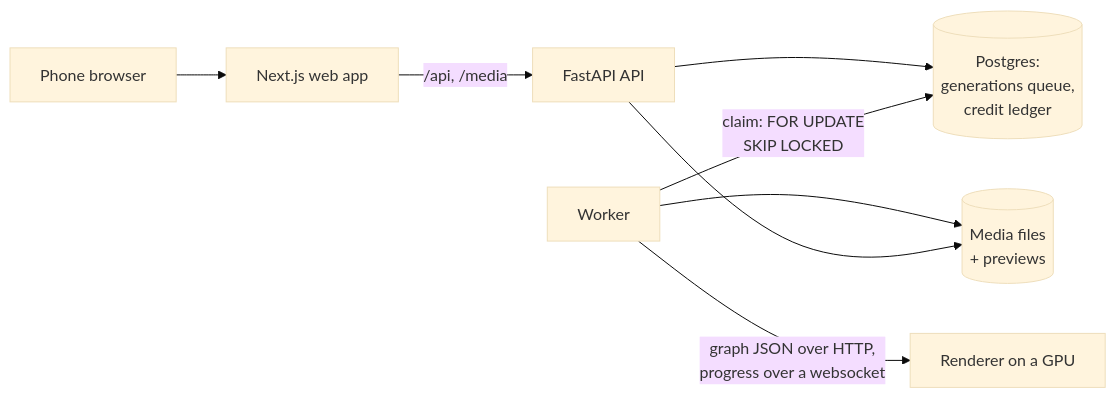
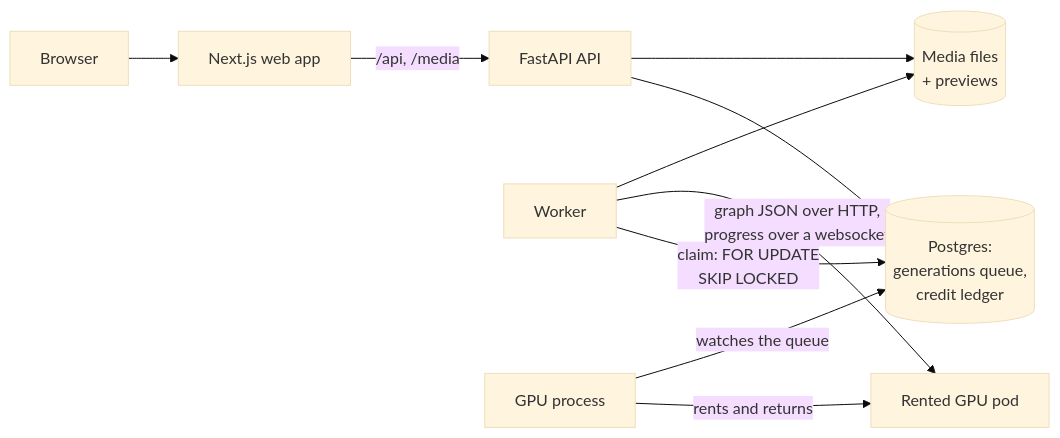
One commit to sm079/unnoodle changed the diagram in README.md. Above: the diagram before and after it, drawn with Mermaid (base theme). The commit also changed other lines of this file and 2 other files, not shown here.

First line of the commit message:
docs: bring the READMEs up to date with hosting and the on-demand GPU

````diff
--- a/README.md
+++ b/README.md
@@ -31,10 +35,12 @@
 ```mermaid
 flowchart LR
-  phone[Phone browser] --> web[Next.js web app]
+  browser[Browser] --> web[Next.js web app]
   web -- "/api, /media" --> api[FastAPI API]
   api --> db[(Postgres:<br/>generations queue,<br/>credit ledger)]
   worker[Worker] -- "claim: FOR UPDATE<br/>SKIP LOCKED" --> db
-  worker -- "graph JSON over HTTP,<br/>progress over a websocket" --> renderer[Renderer on a GPU]
+  gpu[GPU process] -- "rents and returns" --> pod[Rented GPU pod]
+  gpu -- "watches the queue" --> db
+  worker -- "graph JSON over HTTP,<br/>progress over a websocket" --> pod
   worker --> media[(Media files<br/>+ previews)]
   api --> media
 ```
````
